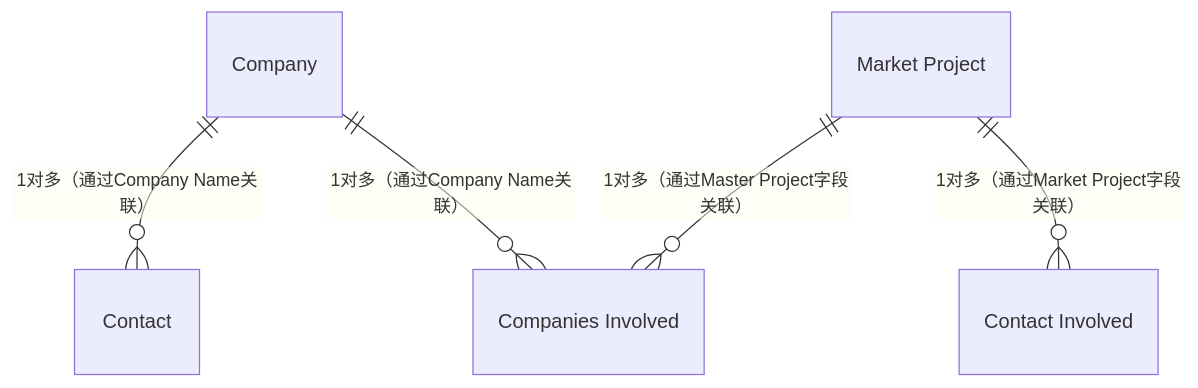
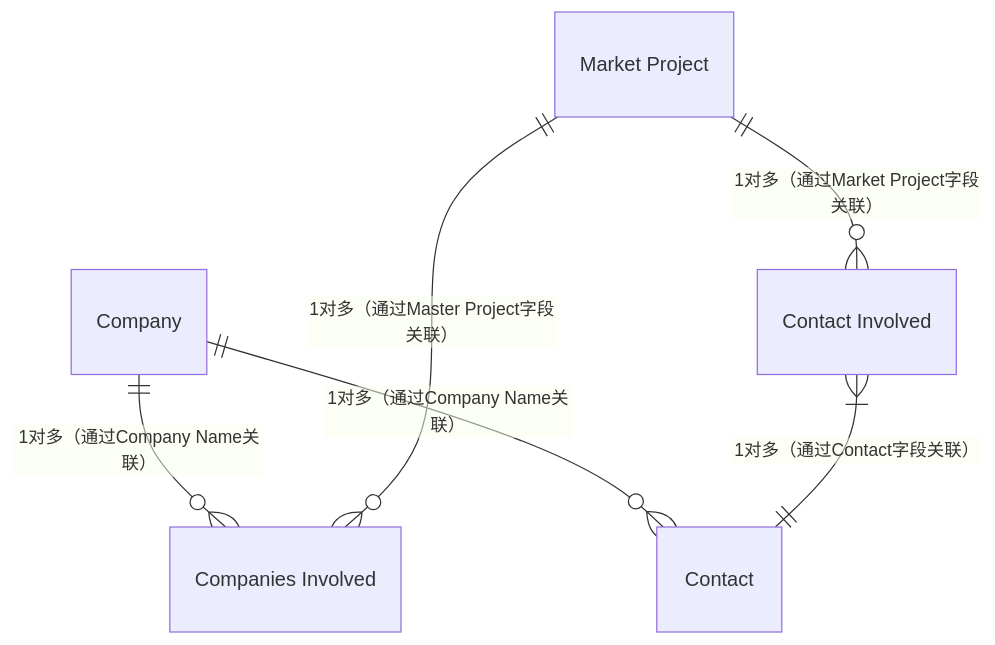
The diagram in all/Norden数据E-R图(7个对象，+contact).md (zhangziru-33/iodraw-files), drawn with Mermaid before and after one commit.

Commit message:
2025-12-04 14:07:54 update

````diff
--- a/all/Norden数据E-R图(7个对象，+contact).md
+++ b/all/Norden数据E-R图(7个对象，+contact).md
@@ -1,14 +1,16 @@
 ```mermaid
 erDiagram
  Company ||--o{ "Contact" : "1对多（通过Company Name关联）"
+ 
     Company ||--o{ "Companies Involved" : "1对多（通过Company Name关联）"
     %% Company ||--o{ "PV Product" : "1对多（通过Company字段关联）"
     
    
     "Market Project" ||--o{ "Companies Involved" : "1对多（通过Master Project字段关联）"
+    "Contact Involved" }|--|| "Contact" : "1对多（通过Contact字段关联）"
     "Market Project" ||--o{ "Contact Involved" : "1对多（通过Market Project字段关联）"
     %% "Market Project" ||--o{ "MP Product" : "1对多（通过Market Project字段关联）"
     %% "MP Product" }|--|| "PV Product" : "多对1（通过产品参数关联，如Frame Material）"
    
     %% Contact ||--o{ "Conatct Involved" : "1对多（通过Conatct字段关联）"
 ```
````
